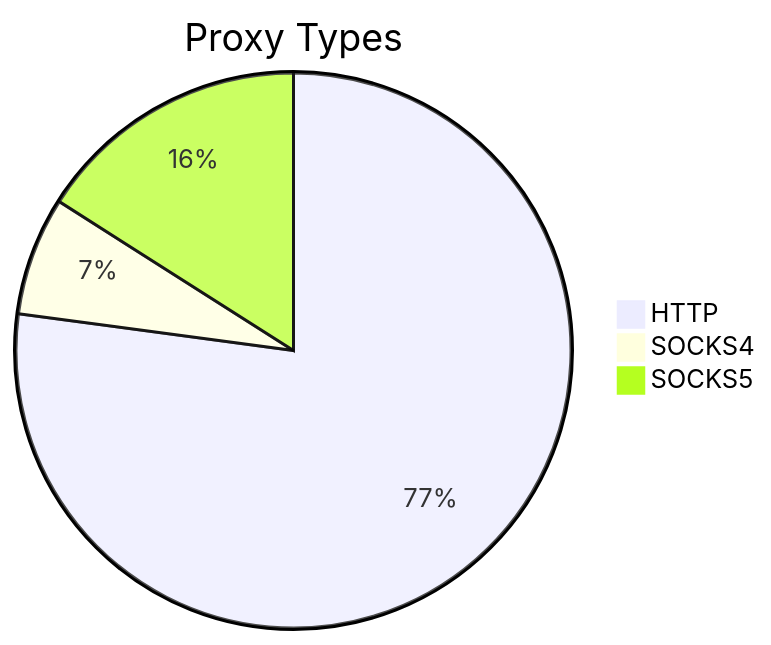
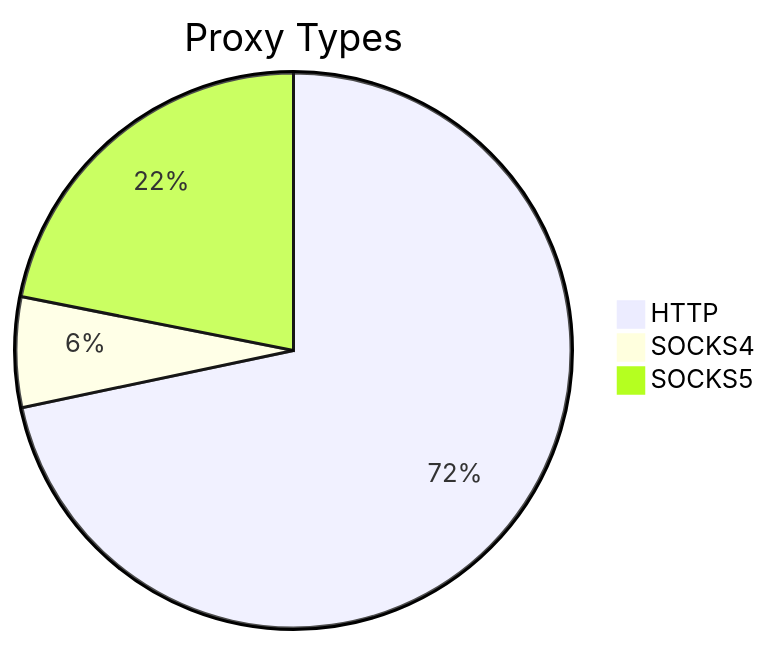
The first of 2 diagrams in README.md (stormsia/proxy-list), drawn with Mermaid before and after one commit. The commit also changed other lines of this file, not shown here.

````diff
--- a/README.md
+++ b/README.md
@@ -21,6 +21,6 @@
 ```mermaid
 pie title Proxy Types
-    "HTTP" : 246
-    "SOCKS4" : 22
-    "SOCKS5" : 51
+    "HTTP" : 190
+    "SOCKS4" : 17
+    "SOCKS5" : 58
 ```
````
